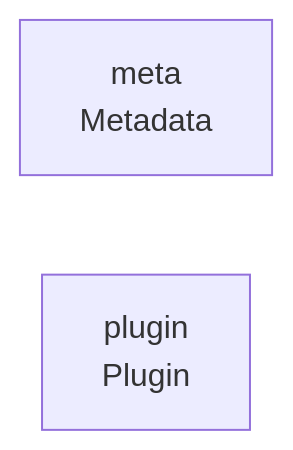
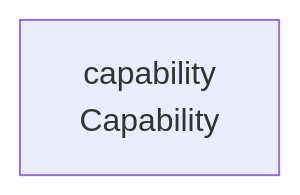
Before and after one commit to cj-mills/cjm-capability-demucs: the diagram in README.md, drawn with Mermaid. The commit also changed other lines of this file and 10 other files, not shown here.

First line of the commit message:
Stage 9 cascade (Layer 2b): rename cjm-media-plugin-demucs -> cjm-capability-demucs

````diff
--- a/README.md
+++ b/README.md
@@ -22,5 +21,4 @@
 ``` mermaid
 graph LR
-    meta["meta<br/>Metadata"]
-    plugin["plugin<br/>Plugin"]
+    capability["capability<br/>Capability"]
 ```
````
